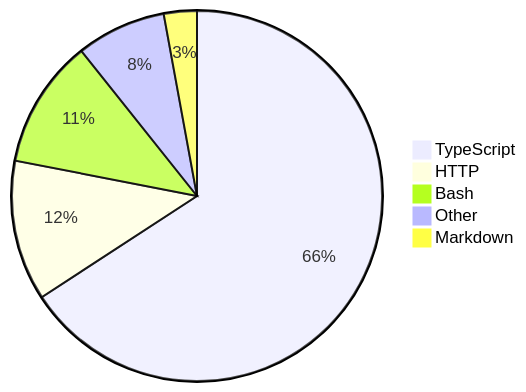
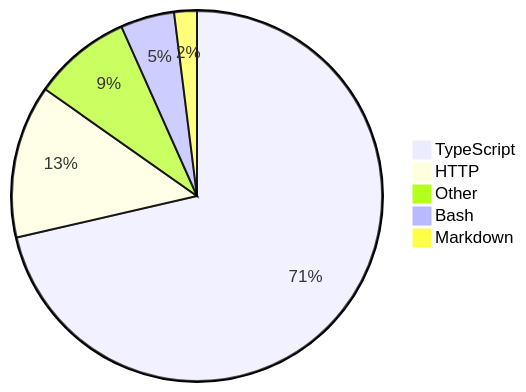
The diagram in README.md (skvggor/skvggor), drawn with Mermaid before and after one commit.

Commit message:
Updated waka-readme graph with new metrics

````diff
--- a/README.md
+++ b/README.md
@@ -16,8 +16,8 @@
 ```mermaid
 pie
-    "TypeScript" : 63.9
-    "HTTP" : 11.9
-    "Bash" : 10.9
-    "Other" : 7.6
-    "Markdown" : 2.8
+    "TypeScript" : 68.4
+    "HTTP" : 12.8
+    "Other" : 8.2
+    "Bash" : 4.5
+    "Markdown" : 1.9
 ```
````
